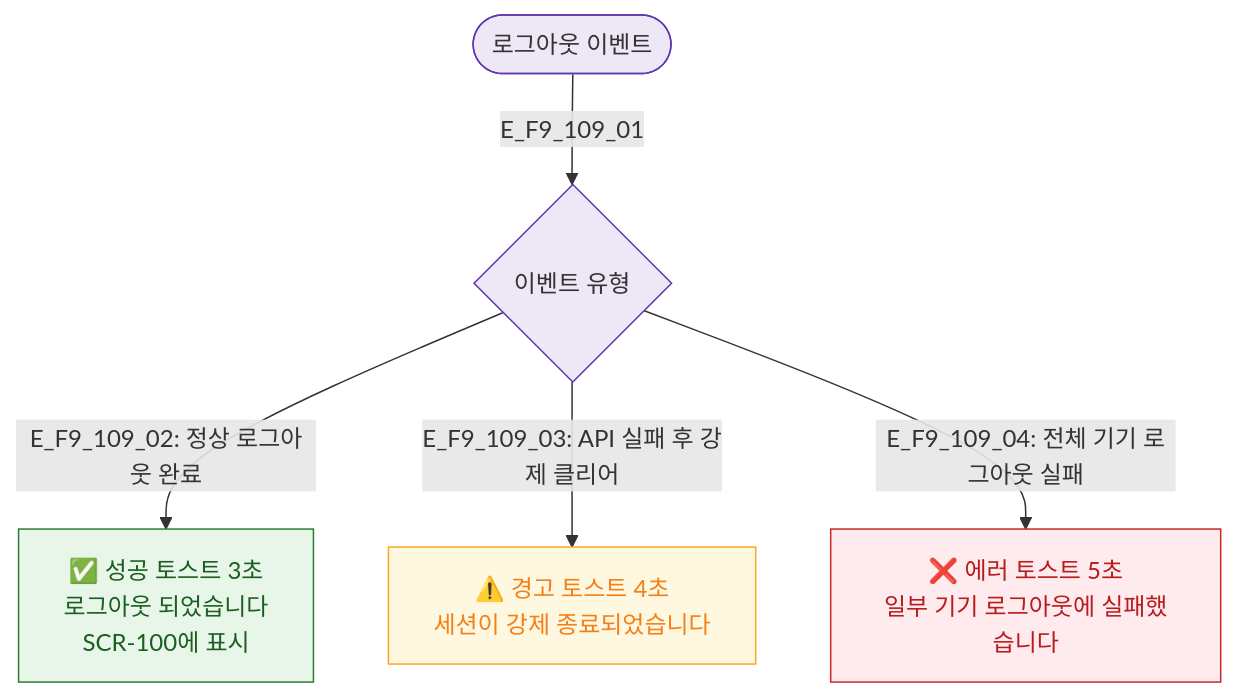
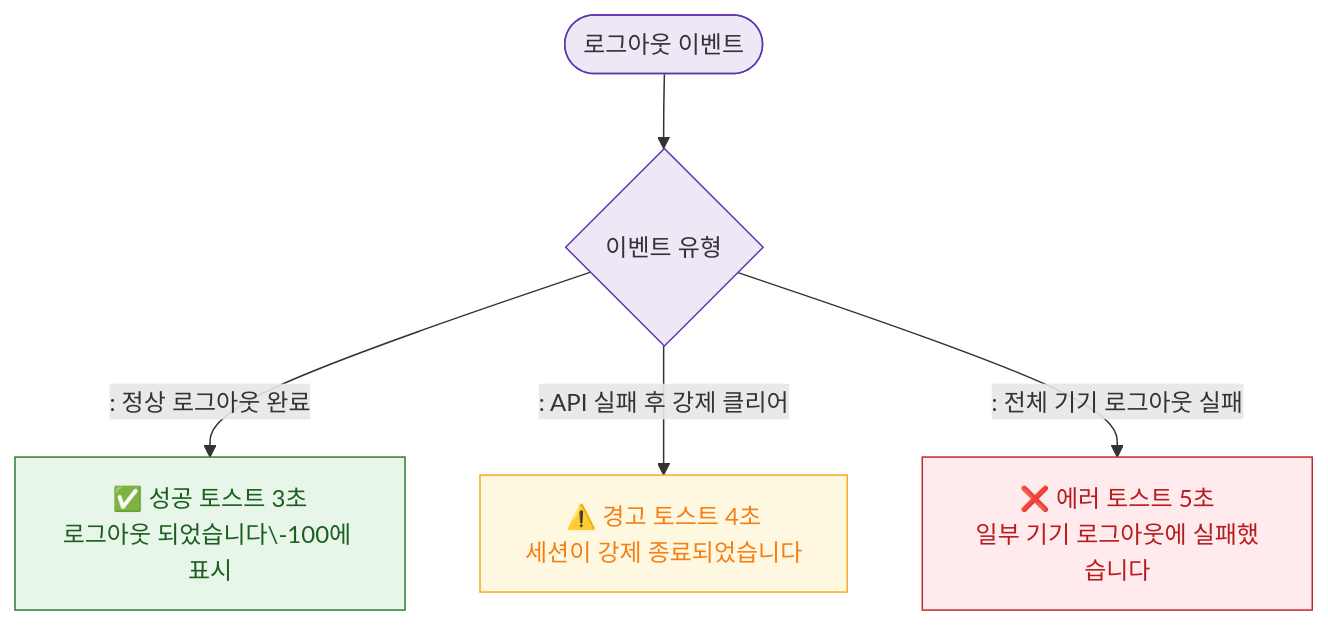
Before and after one commit to dev-spogym/admin-pando: the diagram in docs/다이어그램/D01_공통/SCR-109_로그아웃/F9_토스트.md, drawn with Mermaid. The commit also changed other lines of this file and 1660 other files, not shown here.

First line of the commit message:
다이어그램: 기획자/클라이언트 납품본으로 정리

````diff
--- a/docs/다이어그램/D01_공통/SCR-109_로그아웃/F9_토스트.md
+++ b/docs/다이어그램/D01_공통/SCR-109_로그아웃/F9_토스트.md
@@ -19,19 +17,19 @@
 ```mermaid
 flowchart TD
-    ACTIONS([로그아웃 이벤트]) -->|E_F9_109_01| EVENT_TYPE{이벤트 유형}
+    ACTIONS([로그아웃 이벤트]) --> EVENT_TYPE{이벤트 유형}
 
-    EVENT_TYPE -->|"E_F9_109_02: 정상 로그아웃 완료"| T_SUCCESS_1[✅ 성공 토스트 3초\n로그아웃 되었습니다\nSCR-100에 표시]
+    EVENT_TYPE -->|": 정상 로그아웃 완료"|T_SUCCESS_1[✅ 성공 토스트 3초\n로그아웃 되었습니다\-100에 표시]
 
-    EVENT_TYPE -->|"E_F9_109_03: API 실패 후 강제 클리어"| T_WARN_1[⚠️ 경고 토스트 4초\n세션이 강제 종료되었습니다]
+    EVENT_TYPE -->|": API 실패 후 강제 클리어"|T_WARN_1[⚠️ 경고 토스트 4초\n세션이 강제 종료되었습니다]
 
-    EVENT_TYPE -->|"E_F9_109_04: 전체 기기 로그아웃 실패"| T_ERR_1[❌ 에러 토스트 5초\n일부 기기 로그아웃에 실패했습니다]
+    EVENT_TYPE -->|": 전체 기기 로그아웃 실패"|T_ERR_1[❌ 에러 토스트 5초\n일부 기기 로그아웃에 실패했습니다]
 
     classDef success fill:#E8F5E9,stroke:#2E7D32,color:#1B5E20
     classDef warning fill:#FFF8E1,stroke:#F9A825,color:#F57F17
-    classDef error   fill:#FFEBEE,stroke:#C62828,color:#B71C1C
-    classDef system  fill:#EDE7F6,stroke:#5E35B2
+    classDef error fill:#FFEBEE,stroke:#C62828,color:#B71C1C
+    classDef system fill:#EDE7F6,stroke:#5E35B2
     class T_SUCCESS_1 success
     class T_WARN_1 warning
     class T_ERR_1 error
     class ACTIONS,EVENT_TYPE system
 ```
````
